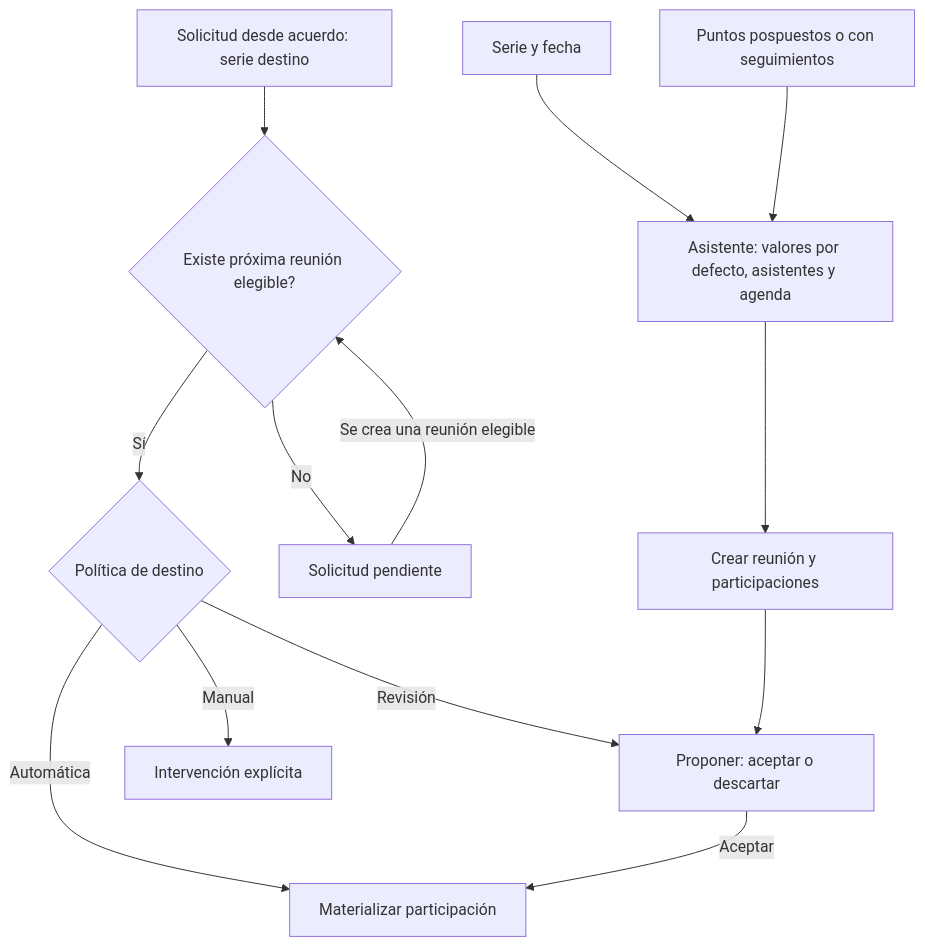
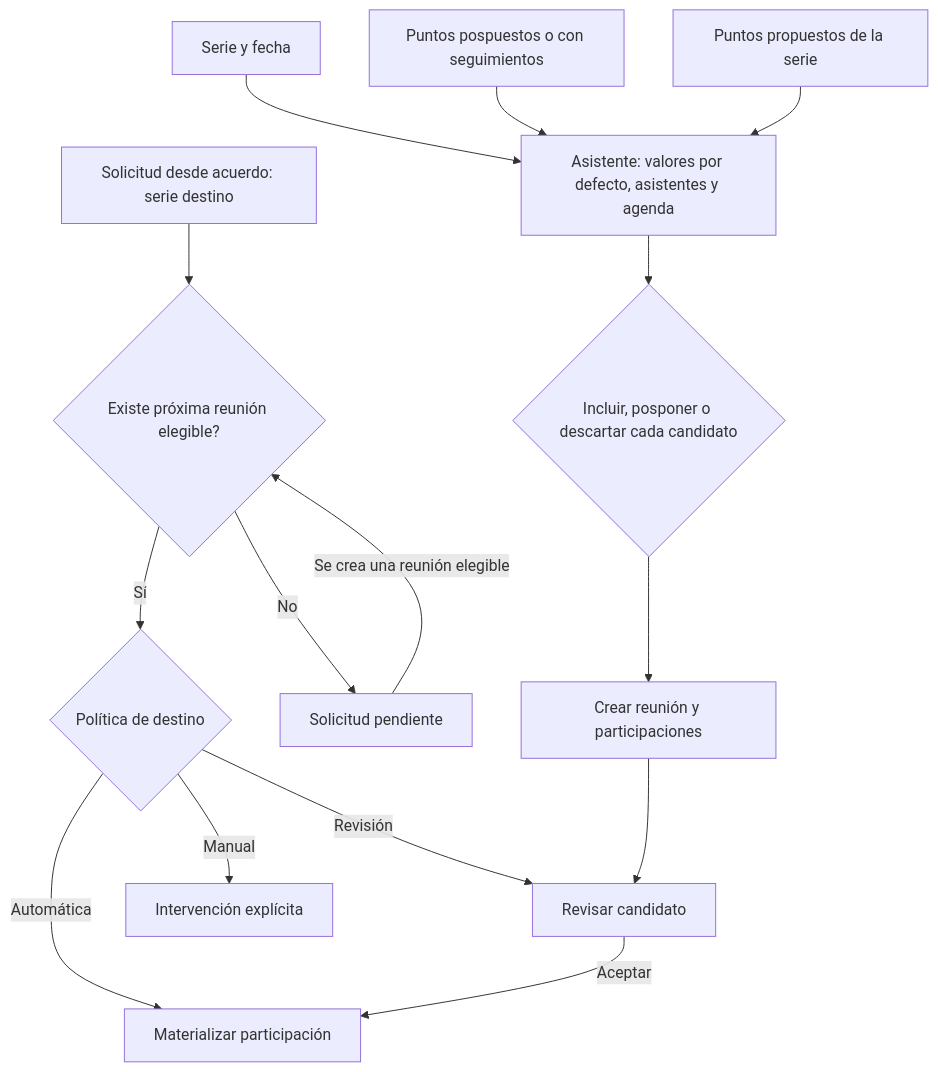
The fifth of 6 diagrams in docs/MODELO_TECNICO.md (oyale/odoo-meetings-minutes), drawn with Mermaid before and after one commit. The commit also changed other lines of this file, not shown here.

````diff
--- a/docs/MODELO_TECNICO.md
+++ b/docs/MODELO_TECNICO.md
@@ -113,15 +115,17 @@
 ```mermaid
 flowchart TD
     S[Serie y fecha] --> W[Asistente: valores por defecto, asistentes y agenda]
     A[Puntos pospuestos o con seguimientos] --> W
-    W --> M[Crear reunión y participaciones]
+    PP[Puntos propuestos de la serie] --> W
+    W --> REV{Incluir, posponer o descartar cada candidato}
+    REV --> M[Crear reunión y participaciones]
     Q[Solicitud desde acuerdo: serie destino] --> D{Existe próxima reunión elegible?}
     D -->|No| P[Solicitud pendiente]
     P -->|Se crea una reunión elegible| D
     D -->|Sí| POL{Política de destino}
     POL -->|Automática| I[Materializar participación]
-    POL -->|Revisión| V[Proponer: aceptar o descartar]
+    POL -->|Revisión| V[Revisar candidato]
     POL -->|Manual| H[Intervención explícita]
     V -->|Aceptar| I
     M --> V
 ```
````
